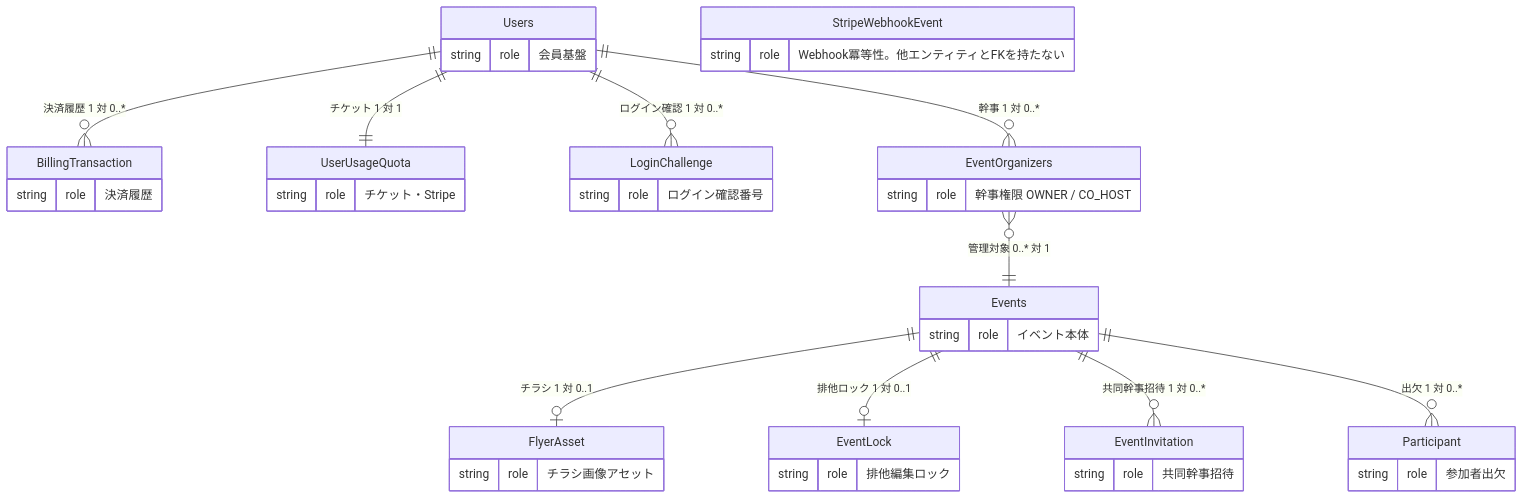
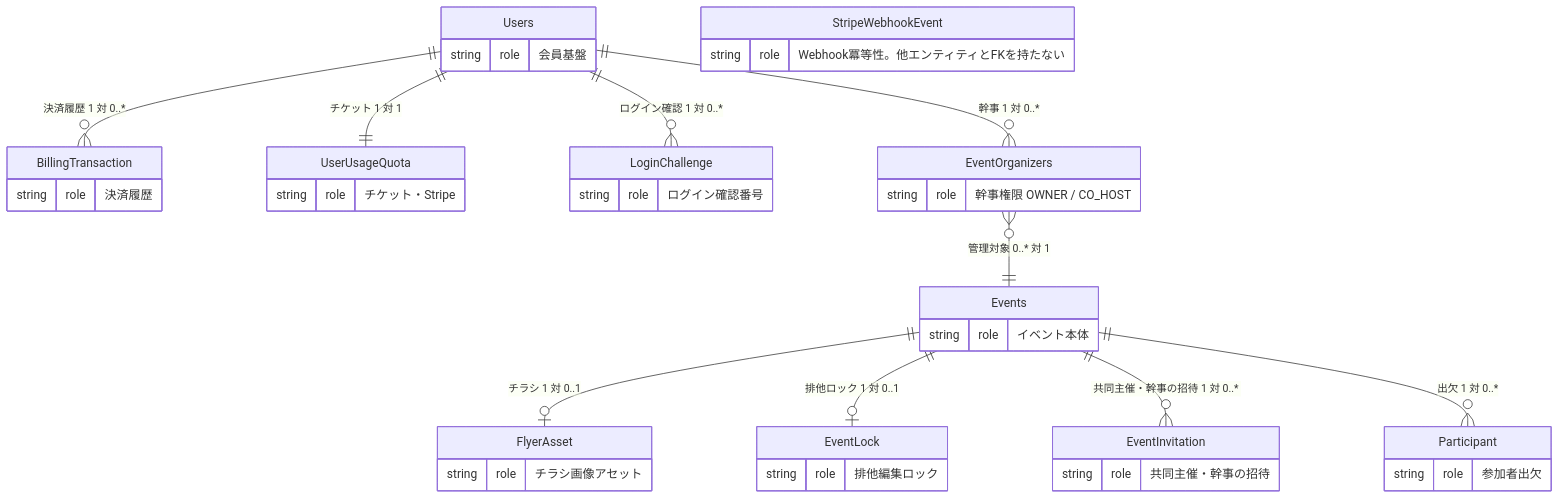
One commit to HirofumiSato/EventKreater changed the diagram in docs/DBschema.md. Above: the diagram before and after it, drawn with Mermaid. The commit also changed other lines of this file and 46 other files, not shown here.

````diff
--- a/docs/DBschema.md
+++ b/docs/DBschema.md
@@ -45,45 +45,45 @@
 ```mermaid
 erDiagram
     Users ||--o{ BillingTransaction : "決済履歴 1 対 0..*"
     Users ||--|| UserUsageQuota : "チケット 1 対 1"
     Users ||--o{ LoginChallenge : "ログイン確認 1 対 0..*"
     Users ||--o{ EventOrganizers : "幹事 1 対 0..*"
     EventOrganizers }o--|| Events : "管理対象 0..* 対 1"
     Events ||--o| FlyerAsset : "チラシ 1 対 0..1"
     Events ||--o| EventLock : "排他ロック 1 対 0..1"
-    Events ||--o{ EventInvitation : "共同幹事招待 1 対 0..*"
+    Events ||--o{ EventInvitation : "共同主催・幹事の招待 1 対 0..*"
     Events ||--o{ Participant : "出欠 1 対 0..*"
     Users {
         string role "会員基盤"
     }
     BillingTransaction {
         string role "決済履歴"
     }
     UserUsageQuota {
         string role "チケット・Stripe"
     }
     EventOrganizers {
         string role "幹事権限 OWNER / CO_HOST"
     }
     Events {
         string role "イベント本体"
     }
     FlyerAsset {
         string role "チラシ画像アセット"
     }
     EventLock {
         string role "排他編集ロック"
     }
     EventInvitation {
-        string role "共同幹事招待"
+        string role "共同主催・幹事の招待"
     }
     Participant {
         string role "参加者出欠"
     }
     LoginChallenge {
         string role "ログイン確認番号"
     }
     StripeWebhookEvent {
         string role "Webhook冪等性。他エンティティとFKを持たない"
     }
 ```
````
